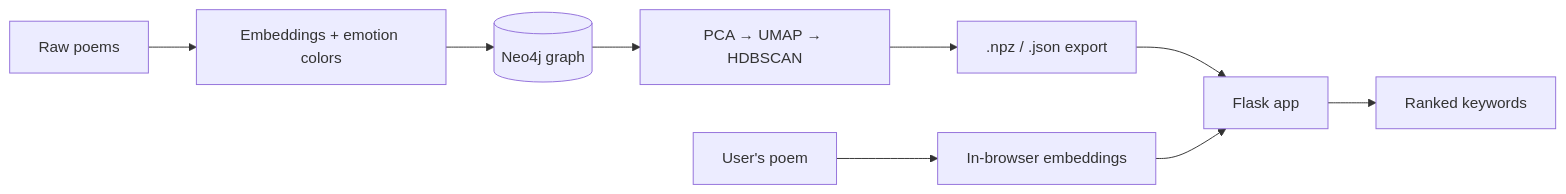
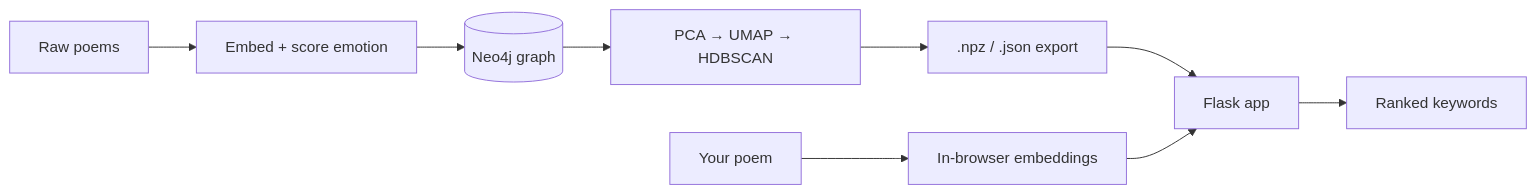
Before and after one commit to Janos33/Project-Epithet: the diagram in README.md, drawn with Mermaid. The commit also changed other lines of this file, not shown here.

````diff
--- a/README.md
+++ b/README.md
@@ -32,11 +78,11 @@
 ```mermaid
 flowchart LR
-    A[Raw poems] --> B[Embeddings + emotion colors]
+    A[Raw poems] --> B[Embed + score emotion]
     B --> C[(Neo4j graph)]
     C --> D[PCA → UMAP → HDBSCAN]
     D --> E[".npz / .json export"]
     E --> F[Flask app]
-    G[User's poem] --> H[In-browser embeddings]
+    G[Your poem] --> H[In-browser embeddings]
     H --> F
     F --> I[Ranked keywords]
 ```
````
